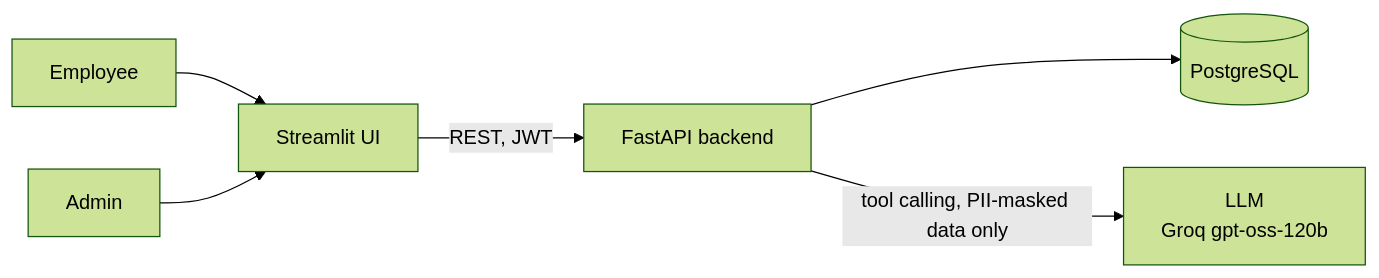
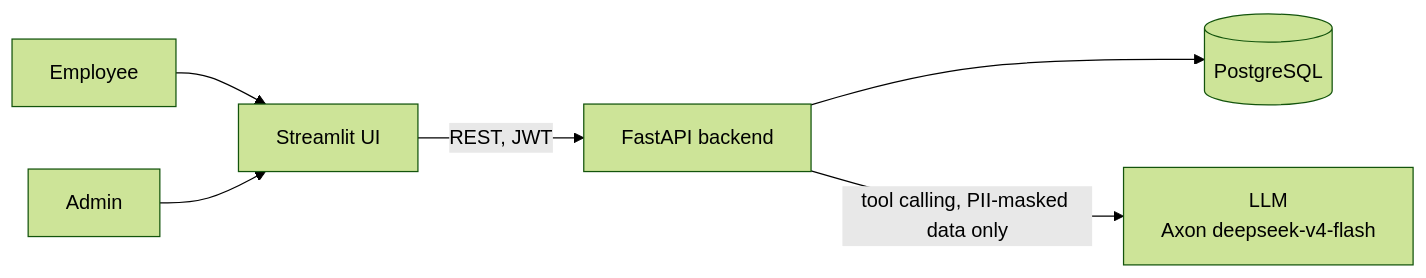
One commit to gpr-27/Assignment changed the first of 8 diagrams in attendance-platform/docs/ARCHITECTURE.md. Above: the diagram before and after it, drawn with Mermaid (forest theme). The commit also changed other lines of this file and 11 other files, not shown here.

First line of the commit message:
Switch default LLM to Agent Router (Axon) deepseek-v4-flash.

````diff
--- a/attendance-platform/docs/ARCHITECTURE.md
+++ b/attendance-platform/docs/ARCHITECTURE.md
@@ -5,8 +5,8 @@
 ```mermaid
 flowchart LR
     E[Employee] --> UI[Streamlit UI]
     A[Admin] --> UI
     UI -->|REST, JWT| API[FastAPI backend]
     API --> PG[(PostgreSQL)]
-    API -->|tool calling, PII-masked data only| LLM[LLM<br/>Groq gpt-oss-120b]
+    API -->|tool calling, PII-masked data only| LLM[LLM<br/>Axon deepseek-v4-flash]
 ```
````
